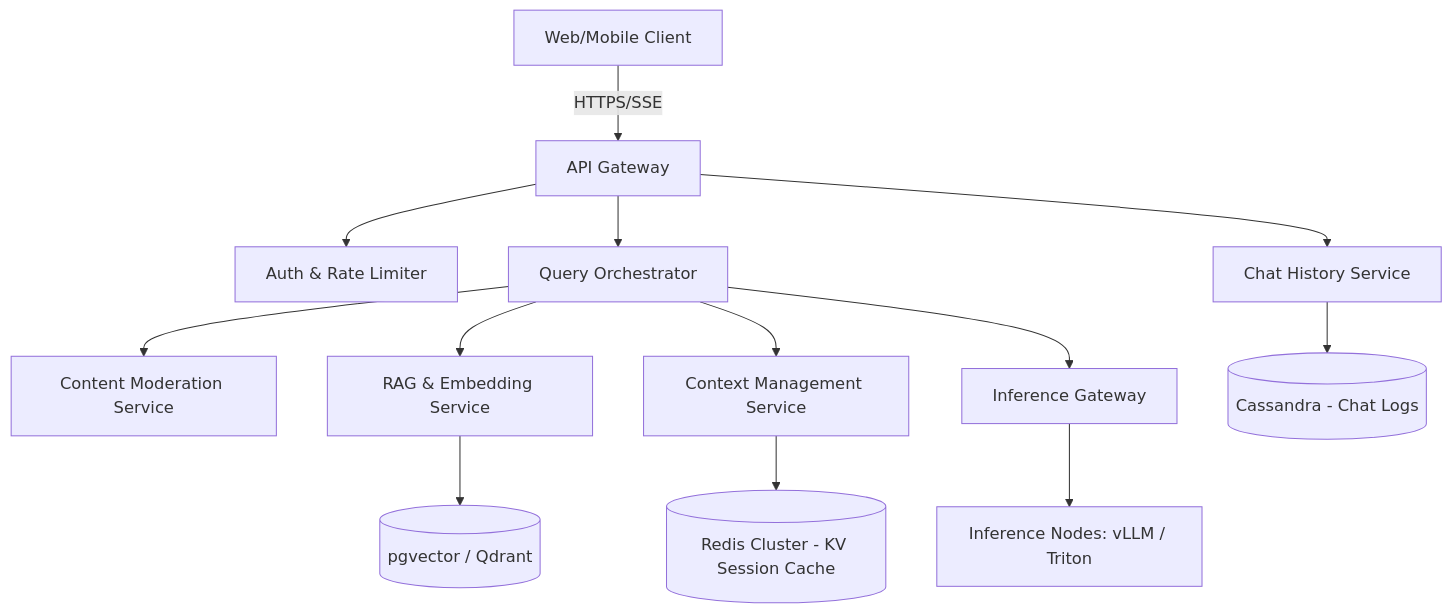
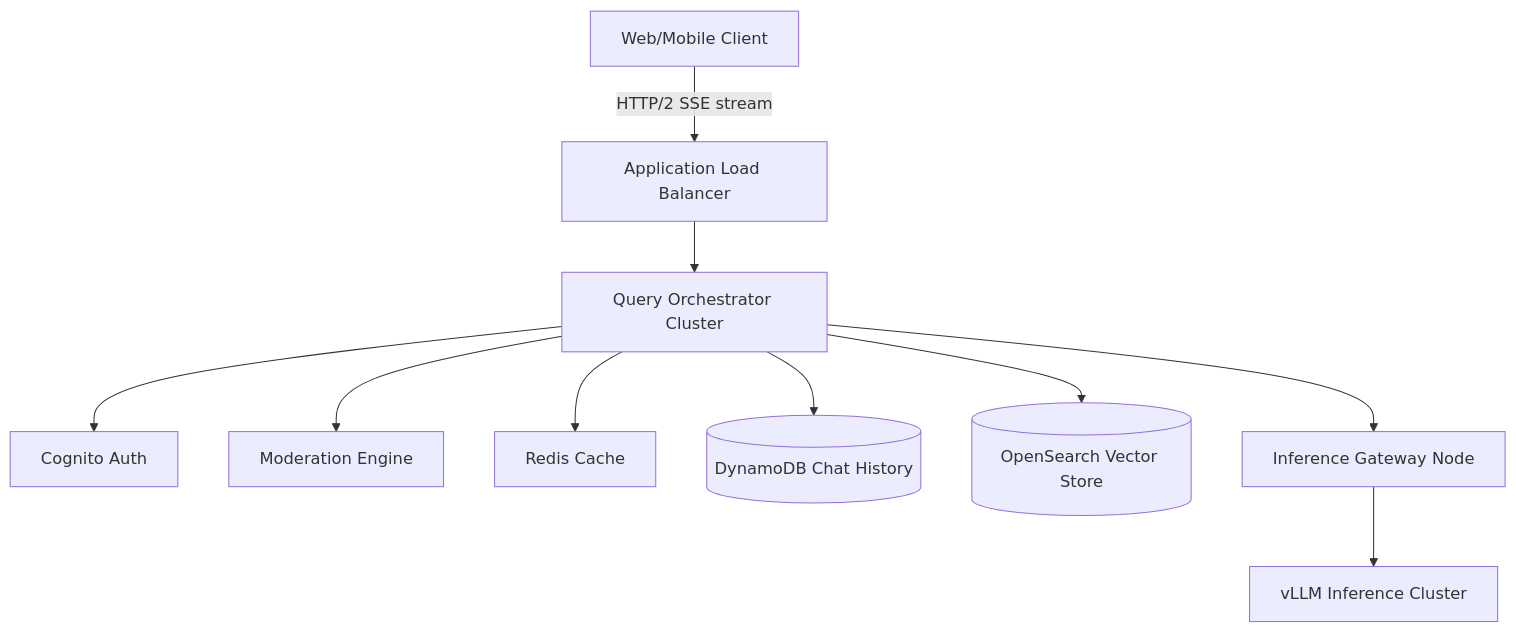
Before and after one commit to udaysinghkushwah/system-design-blueprints: the first of 2 diagrams in level_7_ai_systems/chat_gpt/chatgpt_system_design.md, drawn with Mermaid. The commit also changed other lines of this file and 2 other files, not shown here.

````diff
--- a/level_7_ai_systems/chat_gpt/chatgpt_system_design.md
+++ b/level_7_ai_systems/chat_gpt/chatgpt_system_design.md
@@ -62,22 +62,19 @@
 ```mermaid
 graph TD
-    %% Clients
-    User[Web/Mobile Client] -->|HTTPS/SSE| API_GW[API Gateway]
+    %% client
+    Client[Web/Mobile Client] -->|HTTP/2 SSE stream| ALB[Application Load Balancer]
     
-    %% Gateway
-    API_GW --> Auth[Auth & Rate Limiter]
-    API_GW --> Chat_History_Svc[Chat History Service]
-    API_GW --> Query_Svc[Query Orchestrator]
-
-    %% Orchestrator downstream
-    Query_Svc --> Moderation_Svc[Content Moderation Service]
-    Query_Svc --> RAG_Svc[RAG & Embedding Service]
-    Query_Svc --> Context_Svc[Context Management Service]
-    Query_Svc --> Inference_GW[Inference Gateway]
-
-    %% Storage
-    Chat_History_Svc --> Cassandra[(Cassandra - Chat Logs)]
-    RAG_Svc --> Vector_DB[(pgvector / Qdrant)]
-    Context_Svc --> Redis[(Redis Cluster - KV Session Cache)]
-    Inference_GW --> LLM_Cluster[Inference Nodes: vLLM / Triton]
+    %% Ingress & Orchestration
+    ALB --> Gateway[Query Orchestrator Cluster]
+    Gateway --> Auth[Cognito Auth]
+    Gateway --> Mod[Moderation Engine]
+    Gateway --> Cache[Redis Cache]
+    
+    %% Storage & Index
+    Gateway --> History[(DynamoDB Chat History)]
+    Gateway --> Vector[(OpenSearch Vector Store)]
+    
+    %% GPU Inference
+    Gateway --> InfGateway[Inference Gateway Node]
+    InfGateway --> GPUPool[vLLM Inference Cluster]
 ```
````
